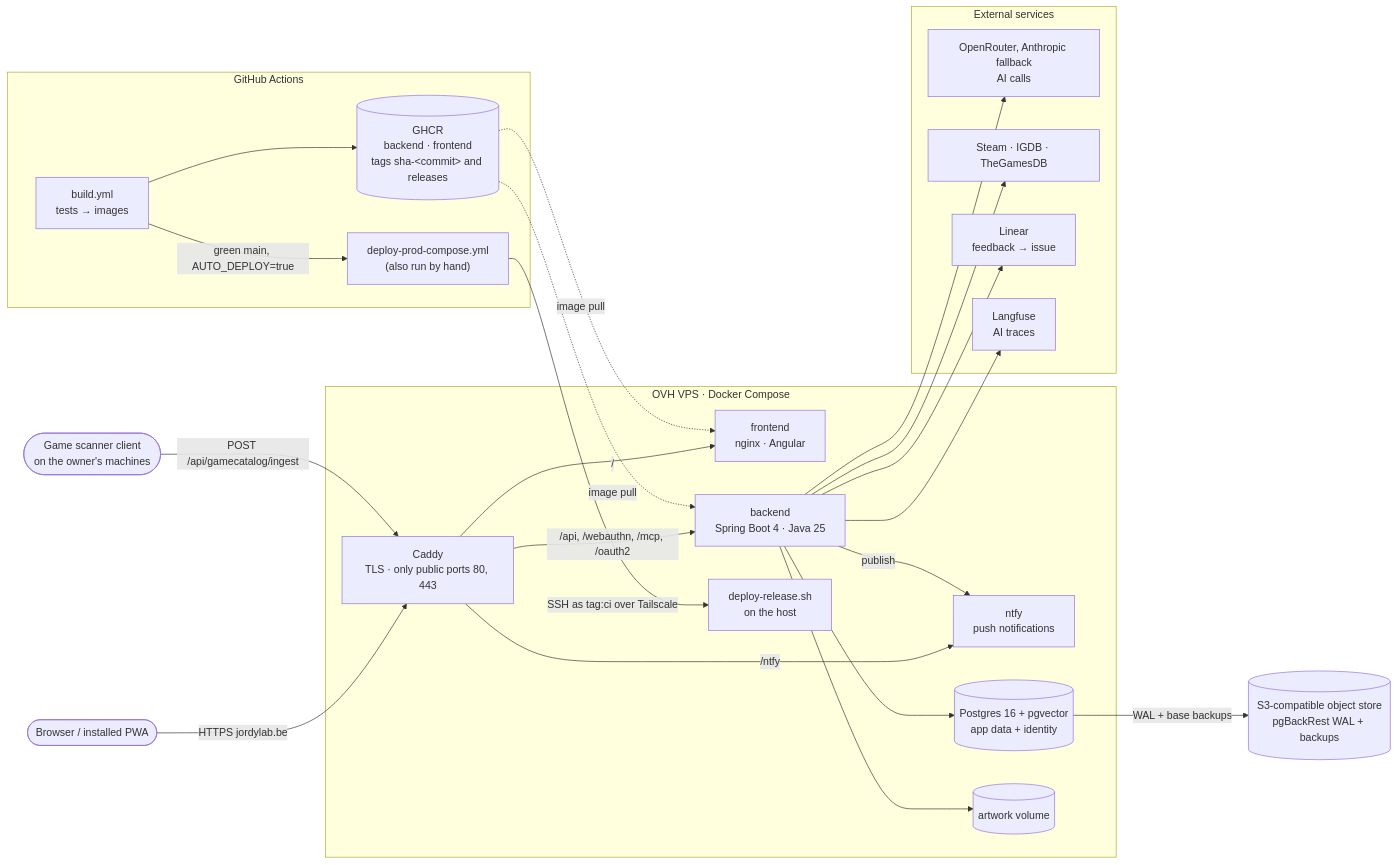
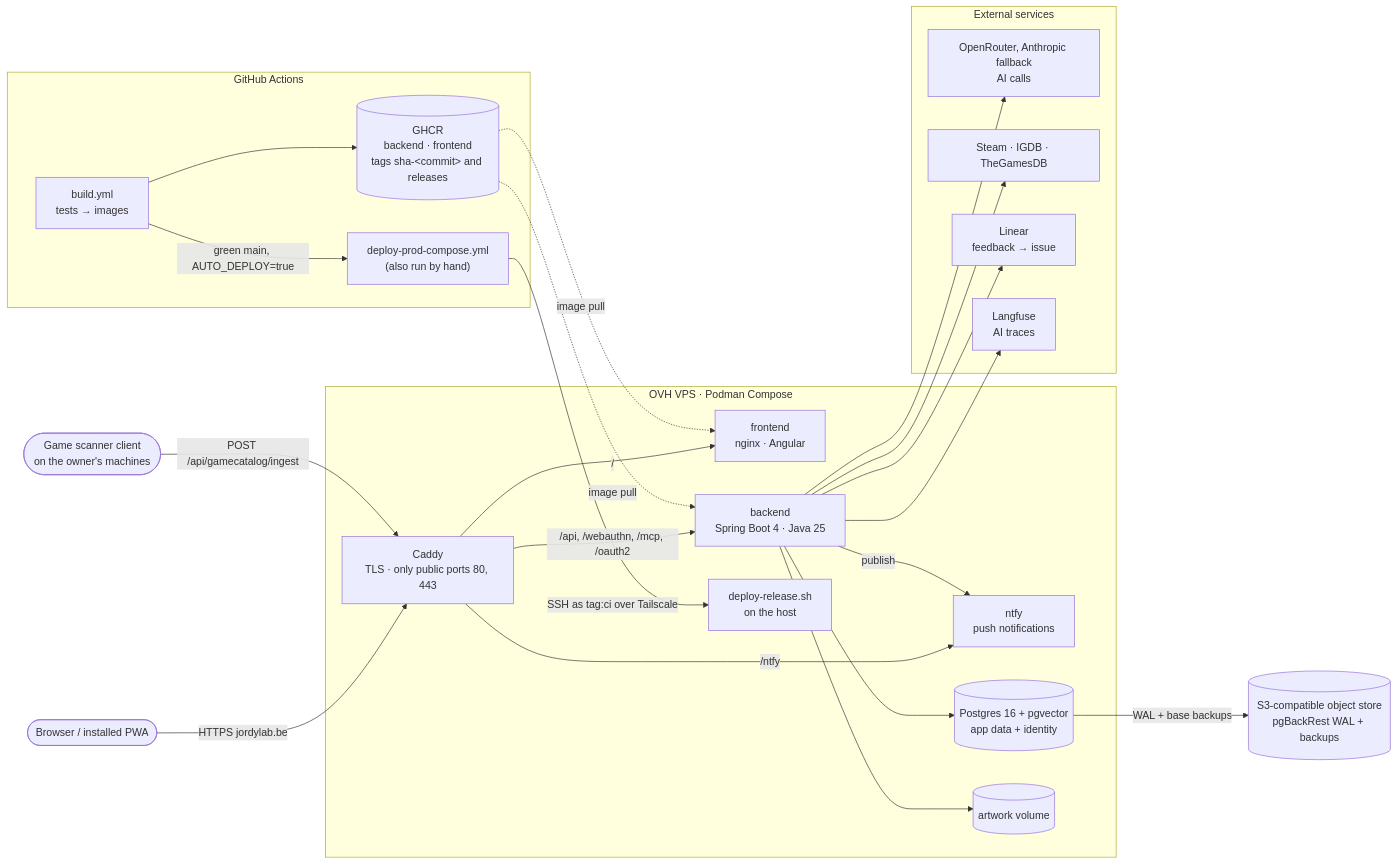
Before and after one commit to jordy-swinnen/JordyLab: the diagram in README.md, drawn with Mermaid. The commit also changed other lines of this file and 27 other files, not shown here.

First line of the commit message:
JOR-99: replacing Docker Engine with rootless Podman on the VPS

````diff
--- a/README.md
+++ b/README.md
@@ -24,46 +24,46 @@
 ```mermaid
 flowchart LR
     user(["Browser / installed PWA"])
     scanner(["Game scanner client<br/>on the owner's machines"])
 
     subgraph gh["GitHub Actions"]
         build["build.yml<br/>tests → images"] --> ghcr[("GHCR<br/>backend · frontend<br/>tags sha-&lt;commit&gt; and releases")]
         build -- "green main, AUTO_DEPLOY=true" --> deploy["deploy-prod-compose.yml<br/>(also run by hand)"]
     end
 
-    subgraph vps["OVH VPS · Docker Compose"]
+    subgraph vps["OVH VPS · Podman Compose"]
         caddy["Caddy<br/>TLS · only public ports 80, 443"]
         fe["frontend<br/>nginx · Angular"]
         be["backend<br/>Spring Boot 4 · Java 25"]
         ntfy["ntfy<br/>push notifications"]
         pg[("Postgres 16 + pgvector<br/>app data + identity")]
         art[("artwork volume")]
         host["deploy-release.sh<br/>on the host"]
     end
 
     s3[("S3-compatible object store<br/>pgBackRest WAL + backups")]
 
     subgraph ext["External services"]
         ai["OpenRouter, Anthropic fallback<br/>AI calls"]
         games["Steam · IGDB · TheGamesDB"]
         linear["Linear<br/>feedback → issue"]
         lf["Langfuse<br/>AI traces"]
     end
 
     user -- "HTTPS jordylab.be" --> caddy
     scanner -- "POST /api/gamecatalog/ingest" --> caddy
     caddy -- "/" --> fe
     caddy -- "/api, /webauthn, /mcp, /oauth2" --> be
     caddy -- "/ntfy" --> ntfy
     be --> pg
     be --> art
     be -- "publish" --> ntfy
     be --> ai
     be --> games
     be --> linear
     be --> lf
     pg -- "WAL + base backups" --> s3
     deploy -- "SSH as tag:ci over Tailscale" --> host
     ghcr -. "image pull" .-> fe
     ghcr -. "image pull" .-> be
 ```
````
